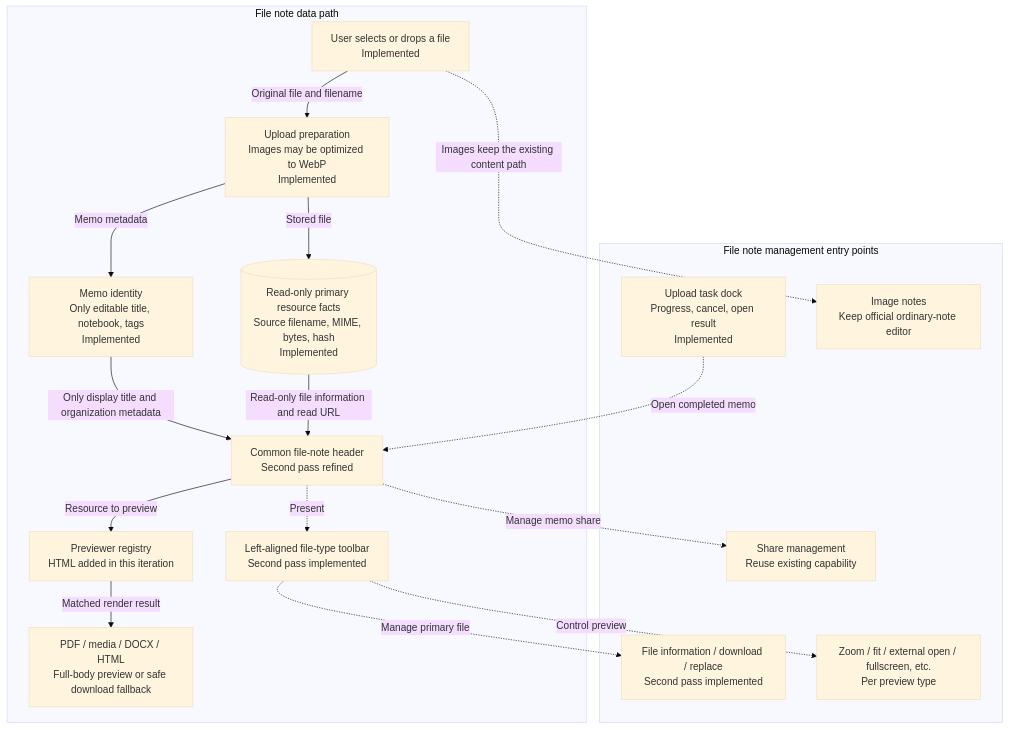
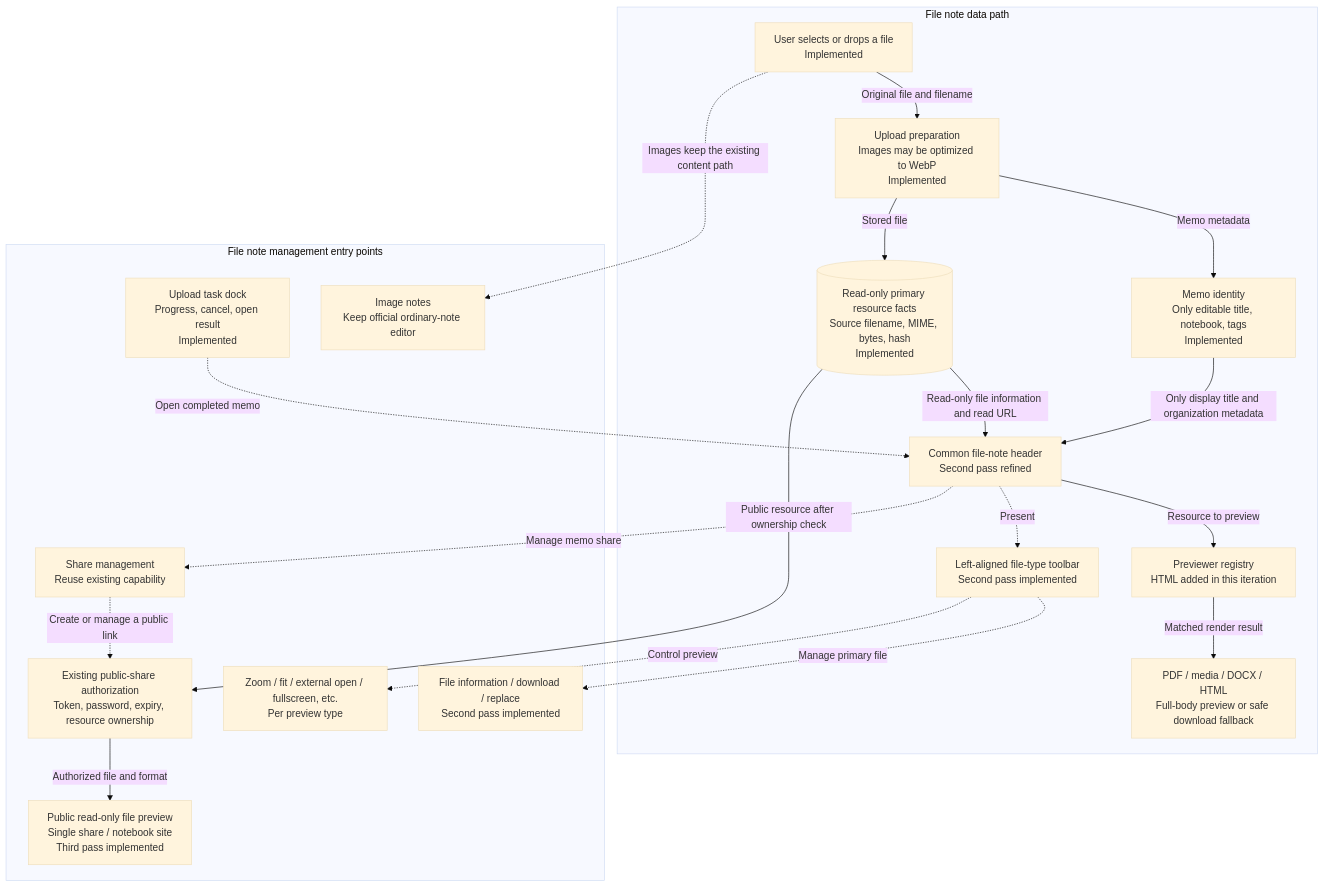
Before and after one commit to LarryGuan/edgeever: the diagram in docs/file-note-shell-html-preview-iteration.md, drawn with Mermaid (base theme). The commit also changed other lines of this file and 1 other file, not shown here.

Commit message:
docs: record file preview sharing implementation

````diff
--- a/docs/file-note-shell-html-preview-iteration.md
+++ b/docs/file-note-shell-html-preview-iteration.md
@@ -48,36 +48,41 @@
 ```mermaid
 flowchart TB
     subgraph FLOW["File note data path"]
         INPUT["User selects or drops a file<br/>Implemented"]
         PREPARE["Upload preparation<br/>Images may be optimized to WebP<br/>Implemented"]
         MEMO["Memo identity<br/>Only editable title, notebook, tags<br/>Implemented"]
         RESOURCE[("Read-only primary resource facts<br/>Source filename, MIME, bytes, hash<br/>Implemented")]
         PANE["Common file-note header<br/>Second pass refined"]
         TOOLBAR["Left-aligned file-type toolbar<br/>Second pass implemented"]
         REGISTRY["Previewer registry<br/>HTML added in this iteration"]
         RESULT["PDF / media / DOCX / HTML<br/>Full-body preview or safe download fallback"]
 
         INPUT -->|"Original file and filename"| PREPARE
         PREPARE -->|"Memo metadata"| MEMO
         PREPARE -->|"Stored file"| RESOURCE
         MEMO -->|"Only display title and organization metadata"| PANE
         RESOURCE -->|"Read-only file information and read URL"| PANE
         PANE -->|"Resource to preview"| REGISTRY
         REGISTRY -->|"Matched render result"| RESULT
     end
 
     subgraph TOOLS["File note management entry points"]
         ACTIONS["File information / download / replace<br/>Second pass implemented"]
         PREVIEW_ACTIONS["Zoom / fit / external open / fullscreen, etc.<br/>Per preview type"]
         SHARE["Share management<br/>Reuse existing capability"]
+        PUBLIC_AUTH["Existing public-share authorization<br/>Token, password, expiry, resource ownership"]
+        PUBLIC_PREVIEW["Public read-only file preview<br/>Single share / notebook site<br/>Third pass implemented"]
         UPLOADS["Upload task dock<br/>Progress, cancel, open result<br/>Implemented"]
         IMAGE_EDITOR["Image notes<br/>Keep official ordinary-note editor"]
     end
 
     PANE -.->|"Present"| TOOLBAR
     TOOLBAR -.->|"Manage primary file"| ACTIONS
     TOOLBAR -.->|"Control preview"| PREVIEW_ACTIONS
     PANE -.->|"Manage memo share"| SHARE
+    SHARE -.->|"Create or manage a public link"| PUBLIC_AUTH
+    RESOURCE -->|"Public resource after ownership check"| PUBLIC_AUTH
+    PUBLIC_AUTH -->|"Authorized file and format"| PUBLIC_PREVIEW
     UPLOADS -.->|"Open completed memo"| PANE
     INPUT -.->|"Images keep the existing content path"| IMAGE_EDITOR
 ```
````
